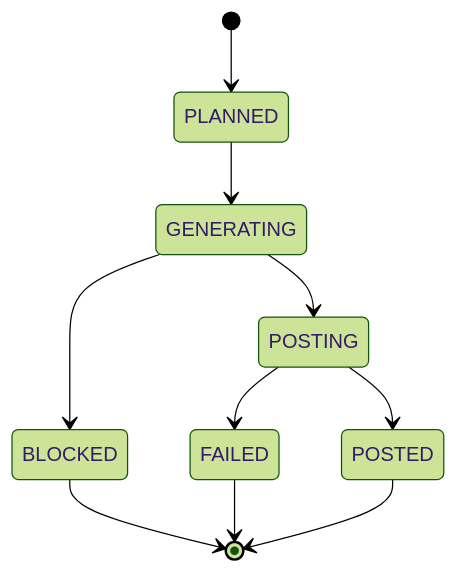
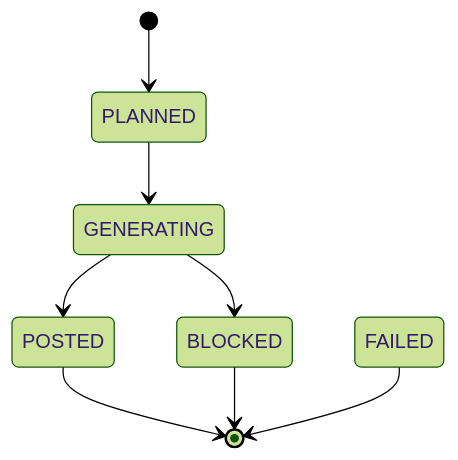
Before and after one commit to Justant-source/Again-Spring: the fifth of 5 diagrams in ai-user/docs/orchestrator.md, drawn with Mermaid (forest theme). The commit also changed other lines of this file and 45 other files, not shown here.

````diff
--- a/ai-user/docs/orchestrator.md
+++ b/ai-user/docs/orchestrator.md
@@ -744,12 +681,10 @@
 ```mermaid
 stateDiagram-v2
     [*] --> PLANNED
     PLANNED --> GENERATING
-    GENERATING --> POSTING
-    POSTING --> POSTED
-    POSTING --> FAILED
+    GENERATING --> POSTED
     GENERATING --> BLOCKED
+    POSTED --> [*]
     BLOCKED --> [*]
     FAILED --> [*]
-    POSTED --> [*]
 ```
````
